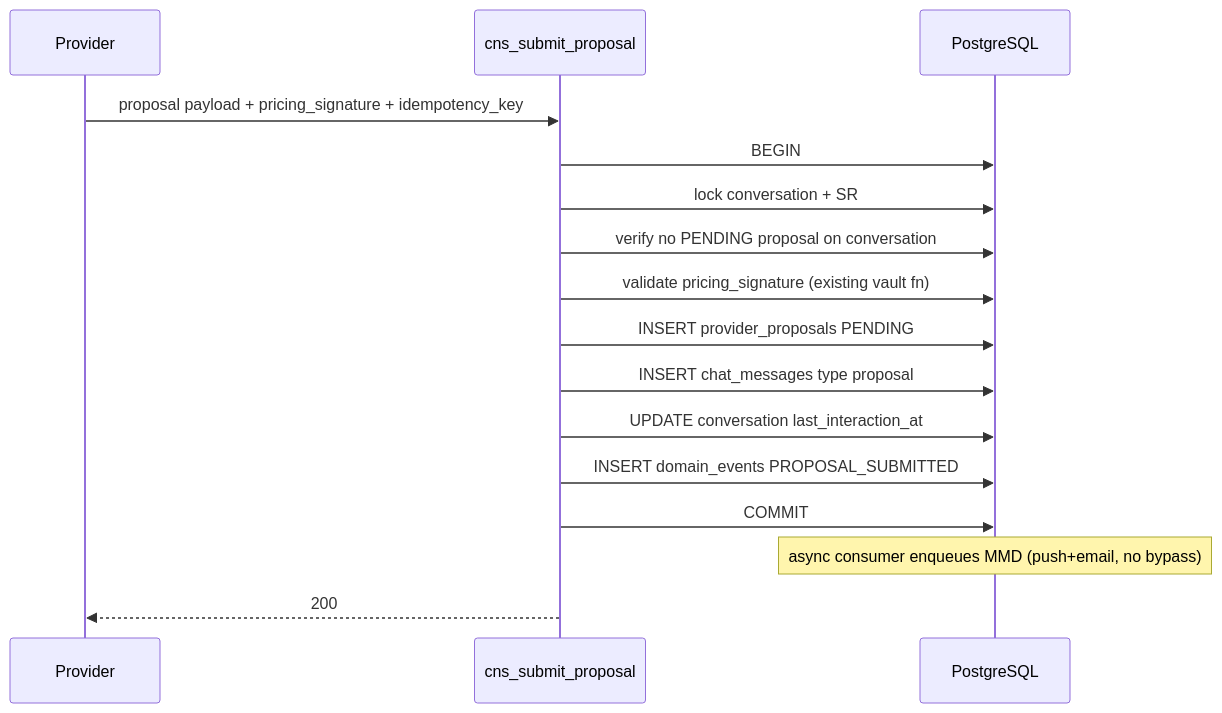
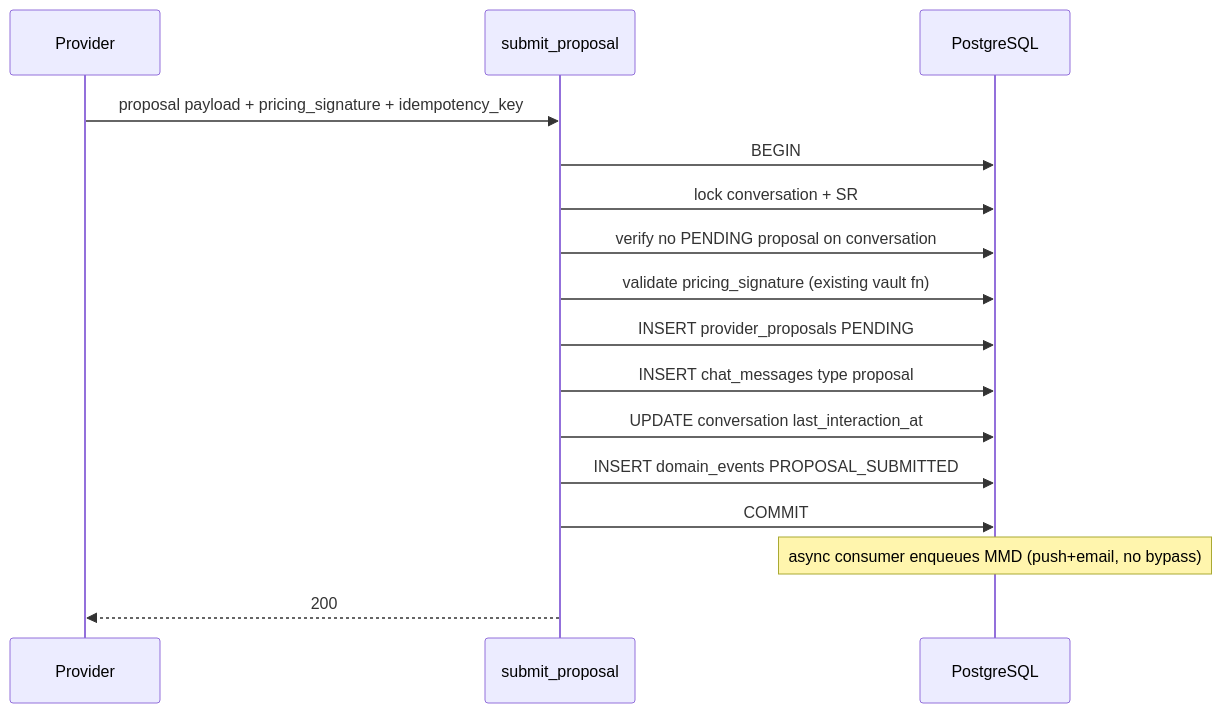
The fifth of 7 diagrams in docs/chats/design.md (higorpo/renovi-orbit-test), drawn with Mermaid before and after one commit. The commit also changed other lines of this file and 25 other files, not shown here.

````diff
--- a/docs/chats/design.md
+++ b/docs/chats/design.md
@@ -746,19 +746,19 @@
 ```mermaid
 sequenceDiagram
   participant Pr as Provider
-  participant RPC as cns_submit_proposal
+  participant RPC as submit_proposal
   participant DB as PostgreSQL
 
   Pr->>RPC: proposal payload + pricing_signature + idempotency_key
   RPC->>DB: BEGIN
   RPC->>DB: lock conversation + SR
   RPC->>DB: verify no PENDING proposal on conversation
   RPC->>DB: validate pricing_signature (existing vault fn)
   RPC->>DB: INSERT provider_proposals PENDING
   RPC->>DB: INSERT chat_messages type proposal
   RPC->>DB: UPDATE conversation last_interaction_at
   RPC->>DB: INSERT domain_events PROPOSAL_SUBMITTED
   RPC->>DB: COMMIT
   Note over DB: async consumer enqueues MMD (push+email, no bypass)
   RPC-->>Pr: 200
 ```
````
